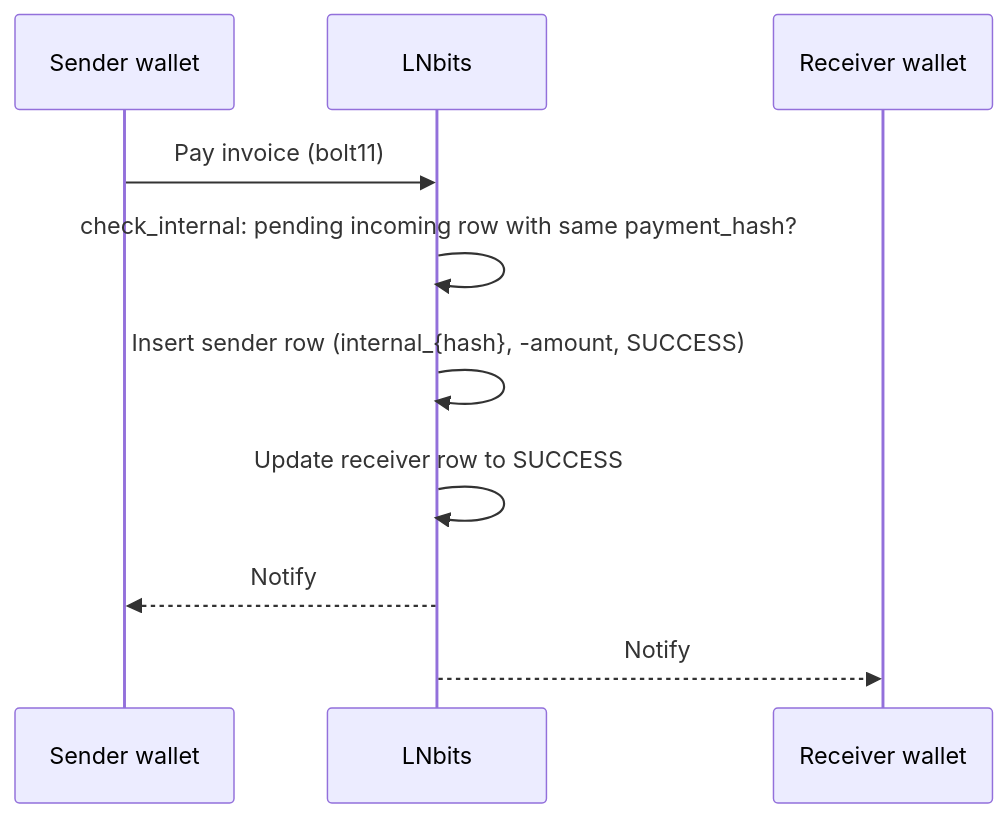
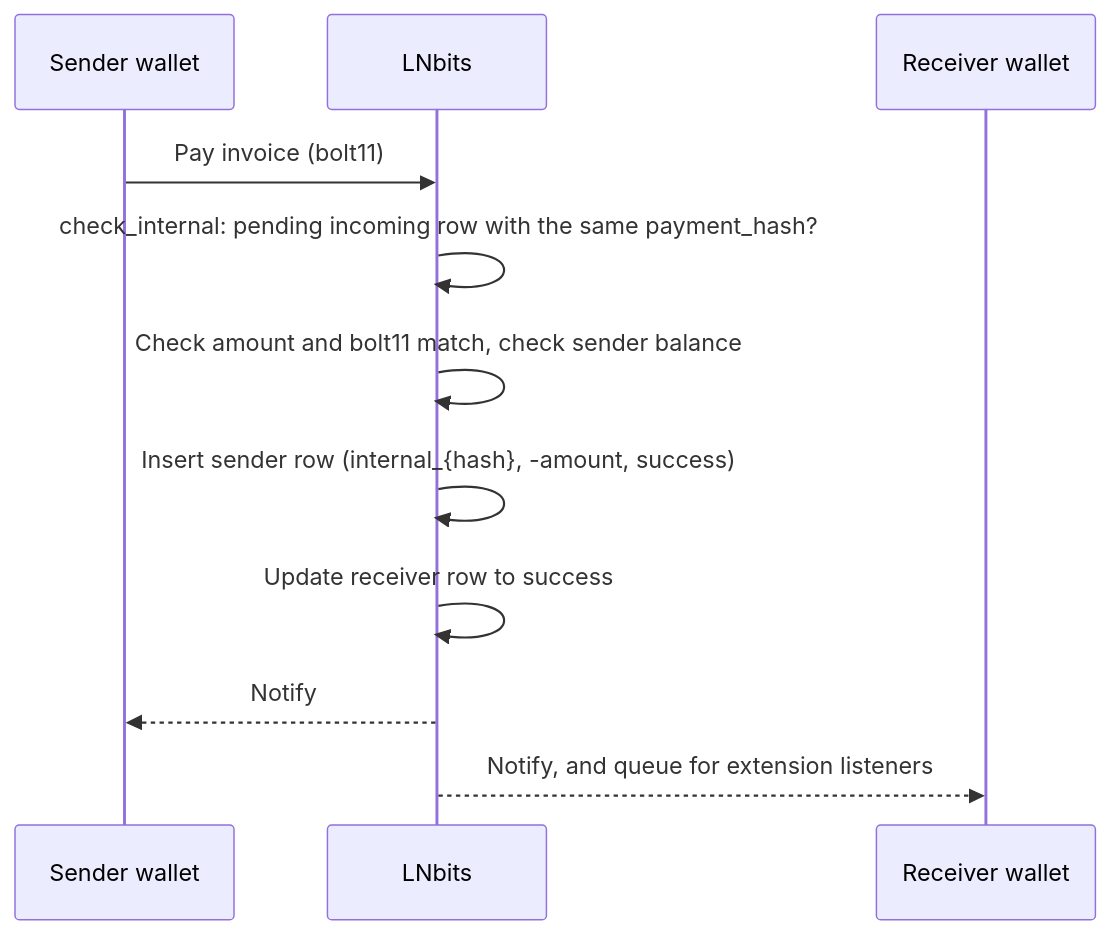
The first of 2 diagrams in docs/architecture/ledger.md (lndocs/lndocs.github.io), drawn with Mermaid before and after one commit. The commit also changed other lines of this file and 6 other files, not shown here.

First line of the commit message:
Architecture pages: harsh critic pass (#16)

````diff
--- a/docs/architecture/ledger.md
+++ b/docs/architecture/ledger.md
@@ -131,13 +100,14 @@
 ```mermaid
 sequenceDiagram
     participant Sender as Sender wallet
     participant LNbits
     participant Receiver as Receiver wallet
 
     Sender->>LNbits: Pay invoice (bolt11)
-    LNbits->>LNbits: check_internal: pending incoming row with same payment_hash?
-    LNbits->>LNbits: Insert sender row (internal_{hash}, -amount, SUCCESS)
-    LNbits->>LNbits: Update receiver row to SUCCESS
+    LNbits->>LNbits: check_internal: pending incoming row with the same payment_hash?
+    LNbits->>LNbits: Check amount and bolt11 match, check sender balance
+    LNbits->>LNbits: Insert sender row (internal_{hash}, -amount, success)
+    LNbits->>LNbits: Update receiver row to success
     LNbits-->>Sender: Notify
-    LNbits-->>Receiver: Notify
+    LNbits-->>Receiver: Notify, and queue for extension listeners
 ```
````
